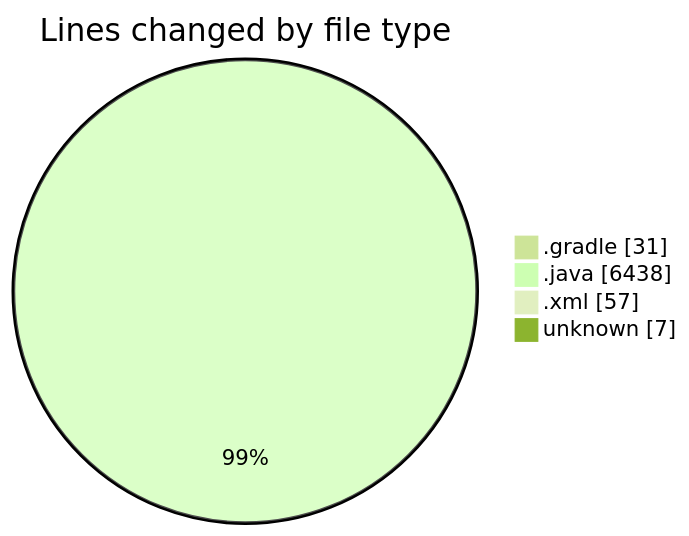
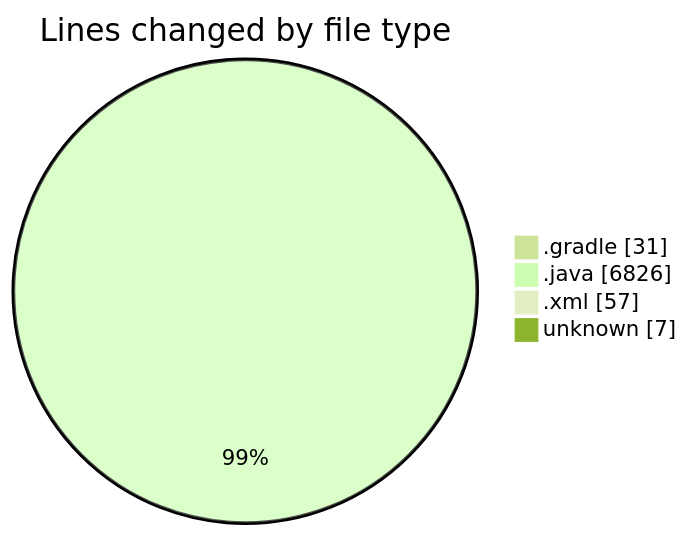
The first of 2 diagrams in 2025-02-21/micros/README.md (charlie-sans/code-tracking), drawn with Mermaid (forest theme) before and after one commit. The commit also changed other lines of this file and 1 other file, not shown here.

````diff
--- a/2025-02-21/micros/README.md
+++ b/2025-02-21/micros/README.md
@@ -46,8 +47,8 @@
 ```mermaid
 pie showData
 title Lines changed by file type
 ".gradle" : 31
-".java" : 6438
+".java" : 6826
 ".xml" : 57
 "unknown" : 7
 ```
````
